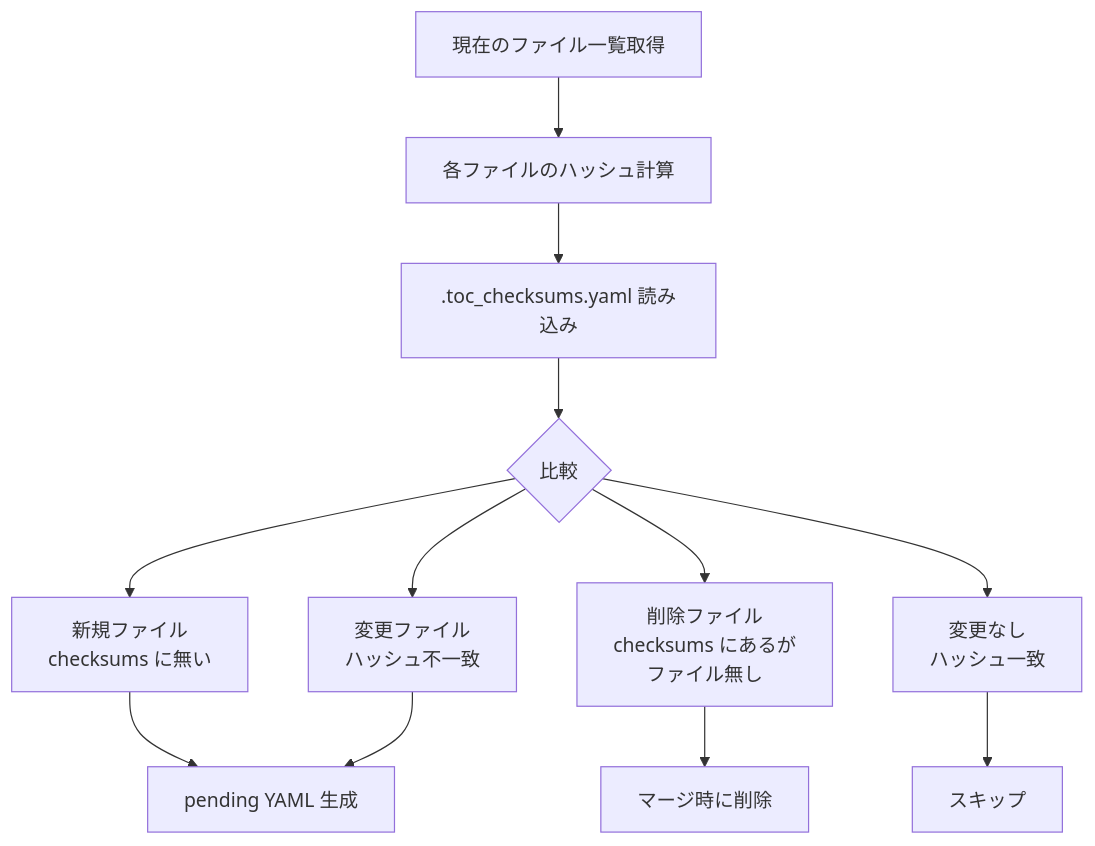
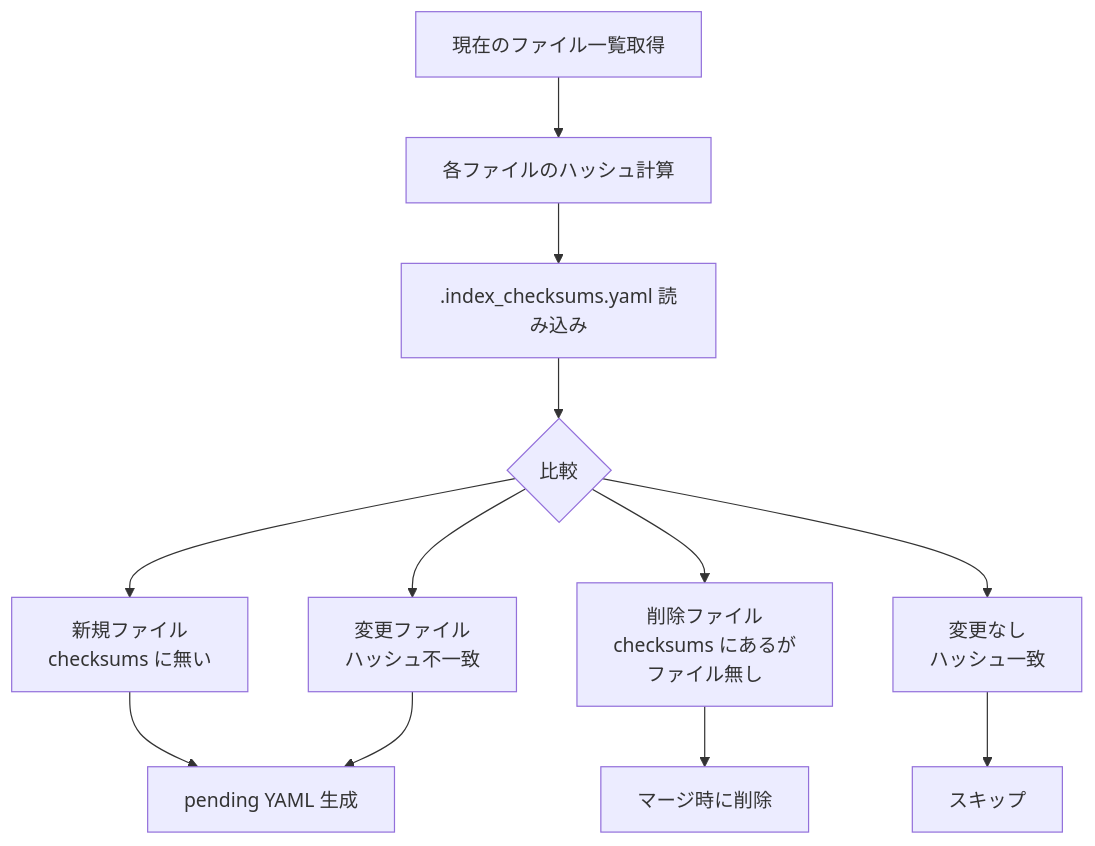
One commit to BlueEventHorizon/bw-cc-plugins changed the sixth of 10 diagrams in docs/specs/doc-advisor/design/DES-005_toc_generation_flow.md. Above: the diagram before and after it, drawn with Mermaid. The commit also changed other lines of this file and 25 other files, not shown here.

Commit message:
rename: .index_checksums.yaml

````diff
--- a/docs/specs/doc-advisor/design/DES-005_toc_generation_flow.md
+++ b/docs/specs/doc-advisor/design/DES-005_toc_generation_flow.md
@@ -191,16 +191,16 @@
 ```mermaid
 flowchart TD
     A[現在のファイル一覧取得] --> B[各ファイルのハッシュ計算]
-    B --> C[".toc_checksums.yaml 読み込み"]
+    B --> C[".index_checksums.yaml 読み込み"]
     C --> D{比較}
 
     D --> E[新規ファイル<br>checksums に無い]
     D --> F[変更ファイル<br>ハッシュ不一致]
     D --> G[削除ファイル<br>checksums にあるが<br>ファイル無し]
     D --> H[変更なし<br>ハッシュ一致]
 
     E --> I[pending YAML 生成]
     F --> I
     G --> J[マージ時に削除]
     H --> K[スキップ]
 ```
````
